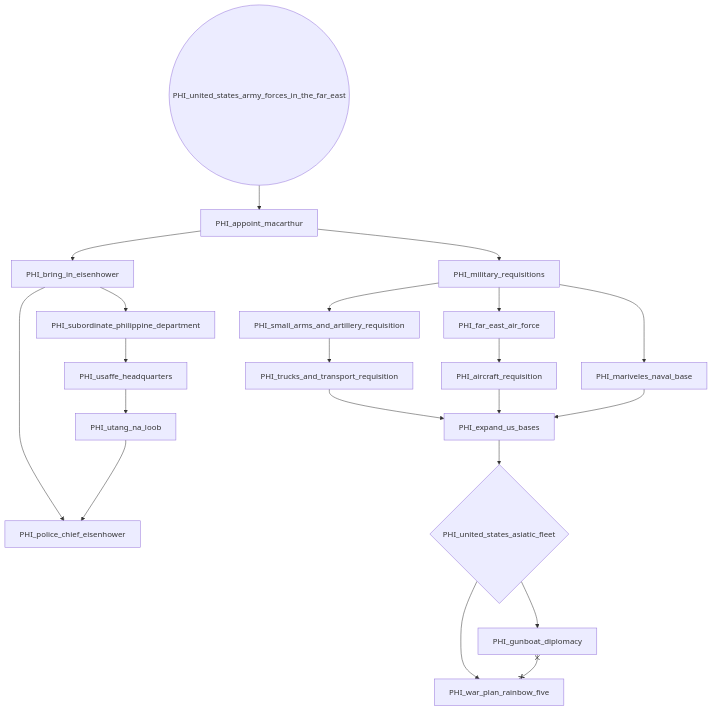
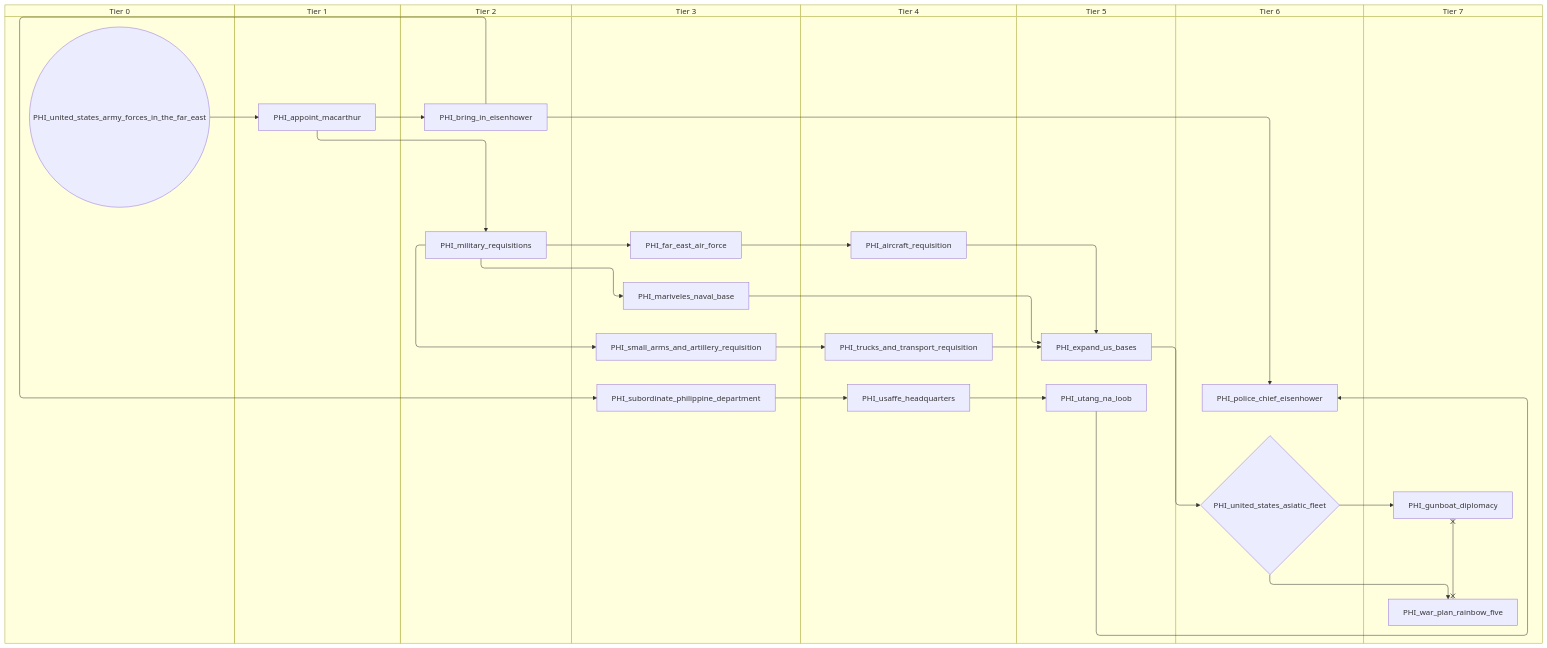
The seventh of 7 diagrams in docs/gdd/National Focuses/r56/philippines.md (evgeny-sobol/hoi4-sandbox-mode-r56), drawn with Mermaid before and after one commit. The commit also changed other lines of this file and 423 other files, not shown here.

First line of the commit message:
Re-export Rt56 focus trees as swimlane diagrams

````diff
--- a/docs/gdd/National Focuses/r56/philippines.md
+++ b/docs/gdd/National Focuses/r56/philippines.md
@@ -470,40 +574,56 @@
 ```mermaid
-flowchart TD
-    n154["PHI_aircraft_requisition"]
-    n155["PHI_appoint_macarthur"]
-    n156["PHI_bring_in_eisenhower"]
-    n157["PHI_expand_us_bases"]
-    n158["PHI_far_east_air_force"]
-    n159["PHI_gunboat_diplomacy"]
-    n160["PHI_mariveles_naval_base"]
-    n161["PHI_military_requisitions"]
-    n162["PHI_police_chief_eisenhower"]
-    n163["PHI_small_arms_and_artillery_requisition"]
-    n164["PHI_subordinate_philippine_department"]
-    n165["PHI_trucks_and_transport_requisition"]
-    n166(("PHI_united_states_army_forces_in_the_far_east"))
-    n167{"PHI_united_states_asiatic_fleet"}
-    n168["PHI_usaffe_headquarters"]
-    n169["PHI_utang_na_loob"]
-    n170["PHI_war_plan_rainbow_five"]
-    n158 --> n154
-    n166 --> n155
+swimlane-beta TD
+    subgraph tier_0["Tier 0"]
+        n154(("PHI_united_states_army_forces_in_the_far_east"))
+    end
+    subgraph tier_1["Tier 1"]
+        n155["PHI_appoint_macarthur"]
+    end
+    subgraph tier_2["Tier 2"]
+        n156["PHI_bring_in_eisenhower"]
+        n157["PHI_military_requisitions"]
+    end
+    subgraph tier_3["Tier 3"]
+        n158["PHI_far_east_air_force"]
+        n159["PHI_mariveles_naval_base"]
+        n160["PHI_small_arms_and_artillery_requisition"]
+        n161["PHI_subordinate_philippine_department"]
+    end
+    subgraph tier_4["Tier 4"]
+        n162["PHI_aircraft_requisition"]
+        n163["PHI_trucks_and_transport_requisition"]
+        n164["PHI_usaffe_headquarters"]
+    end
+    subgraph tier_5["Tier 5"]
+        n165["PHI_expand_us_bases"]
+        n166["PHI_utang_na_loob"]
+    end
+    subgraph tier_6["Tier 6"]
+        n167["PHI_police_chief_eisenhower"]
+        n168{"PHI_united_states_asiatic_fleet"}
+    end
+    subgraph tier_7["Tier 7"]
+        n169["PHI_gunboat_diplomacy"]
+        n170["PHI_war_plan_rainbow_five"]
+    end
+    n158 --> n162
+    n154 --> n155
     n155 --> n156
-    n165 --> n157
-    n154 --> n157
-    n160 --> n157
-    n161 --> n158
-    n167 --> n159
-    n161 --> n160
-    n155 --> n161
-    n156 --> n162
-    n169 --> n162
-    n161 --> n163
-    n156 --> n164
     n163 --> n165
-    n157 --> n167
-    n164 --> n168
+    n162 --> n165
+    n159 --> n165
+    n157 --> n158
     n168 --> n169
-    n167 --> n170
-    n159 x--x n170
+    n157 --> n159
+    n155 --> n157
+    n156 --> n167
+    n166 --> n167
+    n157 --> n160
+    n156 --> n161
+    n160 --> n163
+    n165 --> n168
+    n161 --> n164
+    n164 --> n166
+    n168 --> n170
+    n169 x--x n170
 ```
````
